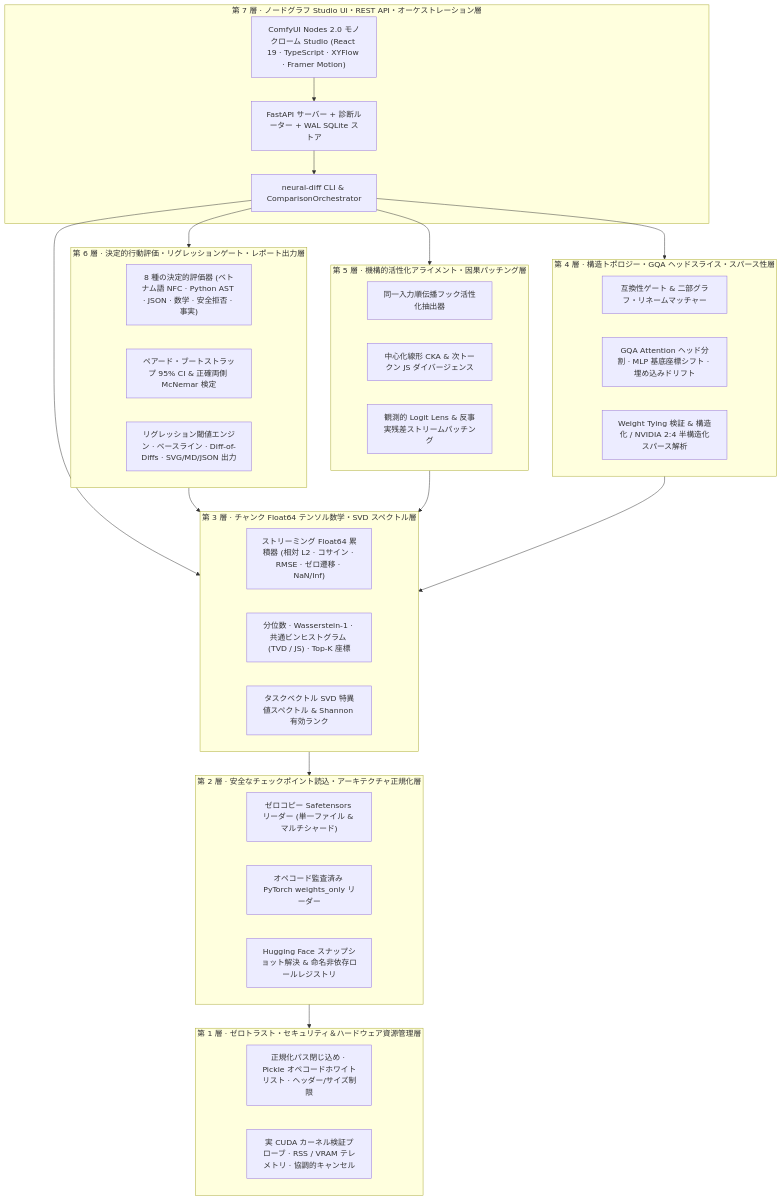
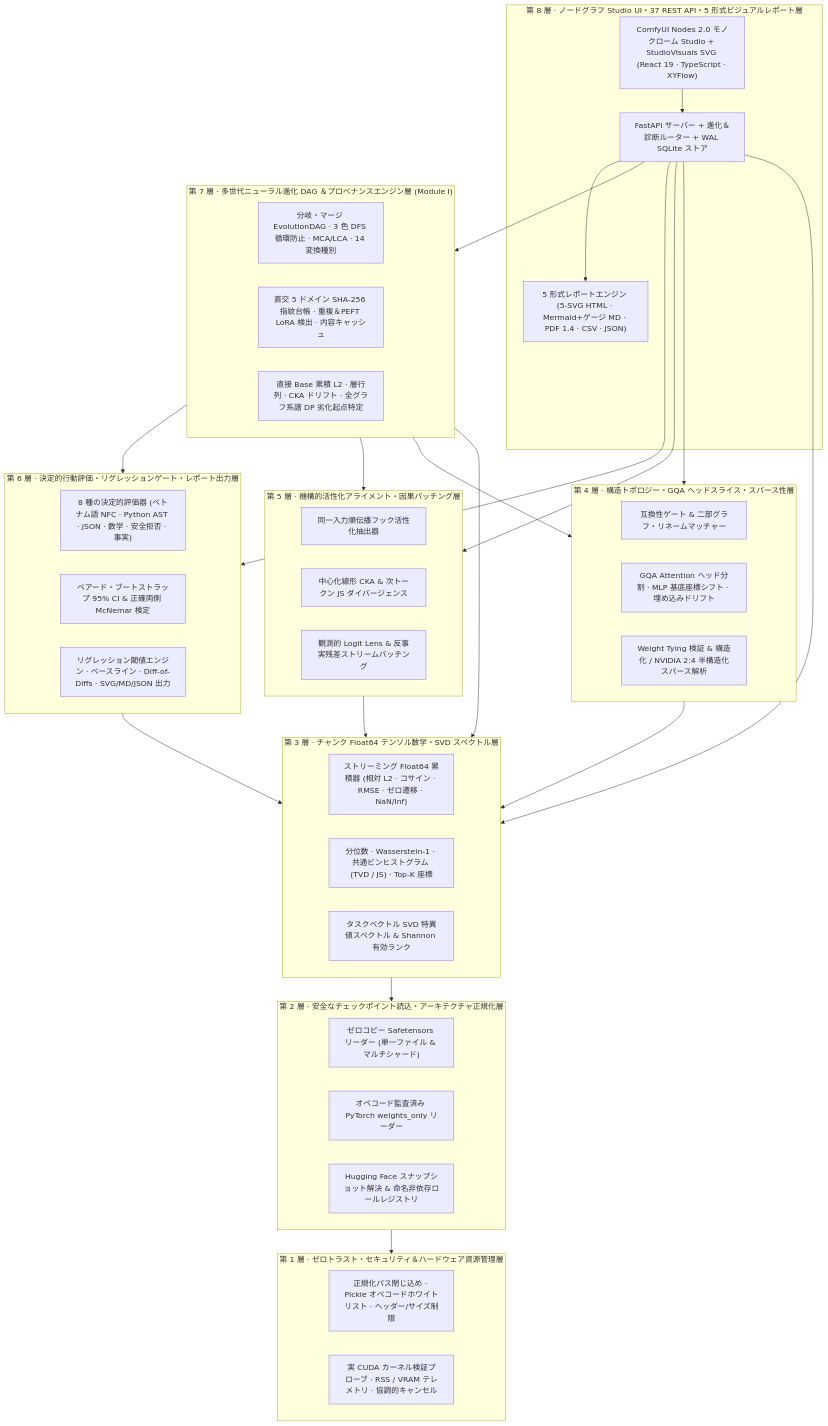
Before and after one commit to williamcachamwri/neural-diff: the first of 2 diagrams in docs/i18n/README.ja.md, drawn with Mermaid. The commit also changed other lines of this file and 71 other files, not shown here.

````diff
--- a/docs/i18n/README.ja.md
+++ b/docs/i18n/README.ja.md
@@ -68,47 +69,54 @@
 ```mermaid
 flowchart TB
-    subgraph L7["第 7 層 · ノードグラフ Studio UI・REST API・オーケストレーション層"]
-        UI["ComfyUI Nodes 2.0 モノクローム Studio (React 19 · TypeScript · XYFlow · Framer Motion)"]
-        API["FastAPI サーバー + 診断ルーター + WAL SQLite ストア"]
-        CLI["neural-diff CLI & ComparisonOrchestrator"]
+    subgraph L8["第 8 層 · ノードグラフ Studio UI・37 REST API・5 形式ビジュアルレポート層"]
+        UI["ComfyUI Nodes 2.0 モノクローム Studio + StudioVisuals SVG (React 19 · TypeScript · XYFlow)"]
+        API["FastAPI サーバー + 進化＆診断ルーター + WAL SQLite ストア"]
+        CLI["5 形式レポートエンジン (5-SVG HTML · Mermaid+ゲージ MD · PDF 1.4 · CSV · JSON)"]
+    end
+
+    subgraph L7["第 7 層 · 多世代ニューラル進化 DAG ＆プロベナンスエンジン層 (Module I)"]
+        DAG["分岐・マージ EvolutionDAG · 3 色 DFS 循環防止 · MCA/LCA · 14 変換種別"]
+        REG_CKPT["直交 5 ドメイン SHA-256 指紋台帳 · 重複＆PEFT LoRA 検出 · 内容キャッシュ"]
+        EVO_ENG["直接 Base 累積 L2 · 層行列 · CKA ドリフト · 全グラフ系譜 DP 劣化起点特定"]
     end
 
     subgraph L6["第 6 層 · 決定的行動評価・リグレッションゲート・レポート出力層"]
         BEH["8 種の決定的評価器 (ベトナム語 NFC · Python AST · JSON · 数学 · 安全拒否 · 事実)"]
         STATS_B["ペアード・ブートストラップ 95% CI & 正確両側 McNemar 検定"]
         REG["リグレッション閾値エンジン · ベースライン · Diff-of-Diffs · SVG/MD/JSON 出力"]
     end
 
     subgraph L5["第 5 層 · 機構的活性化アライメント・因果パッチング層"]
         HOOK["同一入力順伝播フック活性化抽出器"]
         CKA["中心化線形 CKA & 次トークン JS ダイバージェンス"]
         LENS["観測的 Logit Lens & 反事実残差ストリームパッチング"]
     end
 
     subgraph L4["第 4 層 · 構造トポロジー・GQA ヘッドスライス・スパース性層"]
         COMPAT["互換性ゲート & 二部グラフ・リネームマッチャー"]
         GQA["GQA Attention ヘッド分割 · MLP 基底座標シフト · 埋め込みドリフト"]
         SPARSE["Weight Tying 検証 & 構造化 / NVIDIA 2:4 半構造化スパース解析"]
     end
 
     subgraph L3["第 3 層 · チャンク Float64 テンソル数学・SVD スペクトル層"]
         CHUNK["ストリーミング Float64 累積器 (相対 L2 · コサイン · RMSE · ゼロ遷移 · NaN/Inf)"]
         DIST["分位数 · Wasserstein-1 · 共通ビンヒストグラム (TVD / JS) · Top-K 座標"]
         SVD["タスクベクトル SVD 特異値スペクトル & Shannon 有効ランク"]
     end
 
     subgraph L2["第 2 層 · 安全なチェックポイント読込・アーキテクチャ正規化層"]
         SAFE["ゼロコピー Safetensors リーダー (単一ファイル & マルチシャード)"]
         PTSAFE["オペコード監査済み PyTorch weights_only リーダー"]
         HFHUB["Hugging Face スナップショット解決 & 命名非依存ロールレジストリ"]
     end
 
     subgraph L1["第 1 層 · ゼロトラスト・セキュリティ＆ハードウェア資源管理層"]
         SEC["正規化パス閉じ込め · Pickle オペコードホワイトリスト · ヘッダー/サイズ制限"]
         RES["実 CUDA カーネル検証プローブ · RSS / VRAM テレメトリ · 協調的キャンセル"]
     end
 
     UI --> API --> CLI
-    CLI --> L6 & L5 & L4 & L3
+    API --> L7 & L6 & L5 & L4 & L3
+    L7 --> L6 & L5 & L4 & L3
     L6 & L5 & L4 --> L3 --> L2 --> L1
 ```
````
